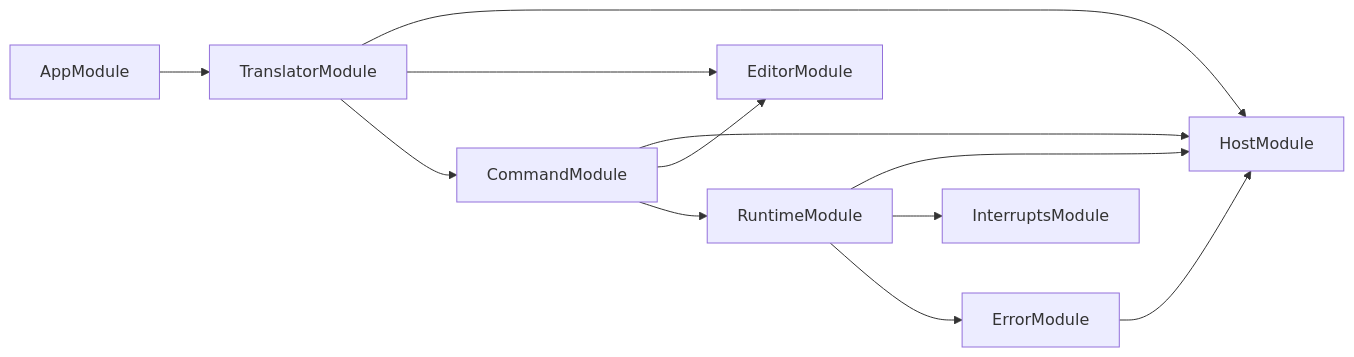
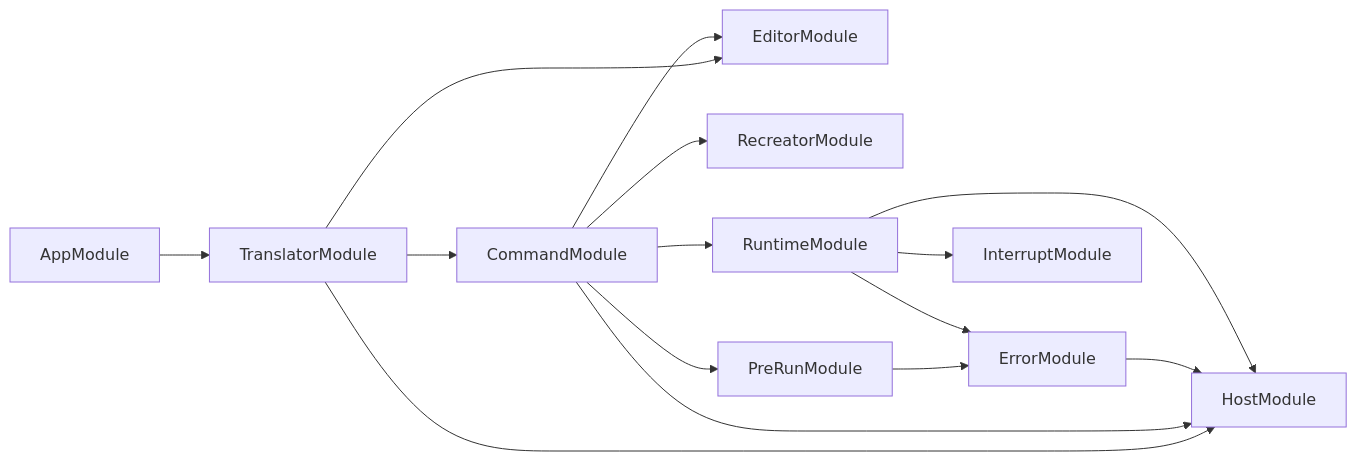
The diagram in architecture.mmd (jfhbrook/susitna), drawn with Mermaid before and after one commit. The commit also changed 13 other files, not shown here.

```diff
--- a/architecture.mmd
+++ b/architecture.mmd
@@ -1,12 +1,15 @@
 graph LR
   AppModule-->TranslatorModule
   TranslatorModule-->HostModule
   TranslatorModule-->EditorModule
   TranslatorModule-->CommandModule
   CommandModule-->HostModule
   CommandModule-->EditorModule
+  CommandModule-->RecreatorModule
+  CommandModule-->PreRunModule
+  PreRunModule-->ErrorModule
+  ErrorModule-->HostModule
   CommandModule-->RuntimeModule
   RuntimeModule-->HostModule
-  RuntimeModule-->InterruptsModule
+  RuntimeModule-->InterruptModule
   RuntimeModule-->ErrorModule
-  ErrorModule-->HostModule
```
